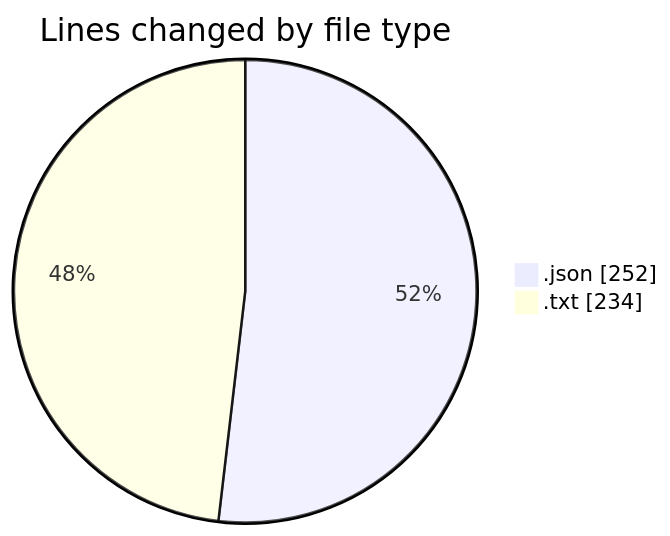
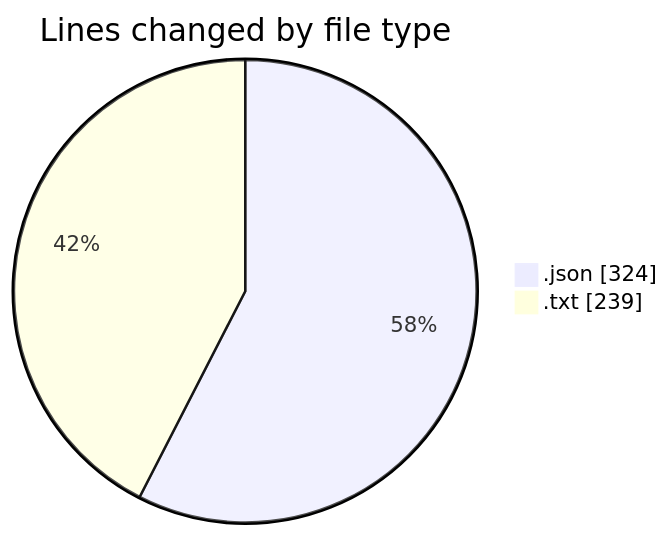
One commit to Netris89/code-tracking changed the first of 2 diagrams in 2025-03-25/audioplugin/README.md. Above: the diagram before and after it, drawn with Mermaid. The commit also changed other lines of this file and 1 other file, not shown here.

````diff
--- a/2025-03-25/audioplugin/README.md
+++ b/2025-03-25/audioplugin/README.md
@@ -22,6 +24,6 @@
 ```mermaid
 pie showData
 title Lines changed by file type
-".json" : 252
-".txt" : 234
+".json" : 324
+".txt" : 239
 ```
````
